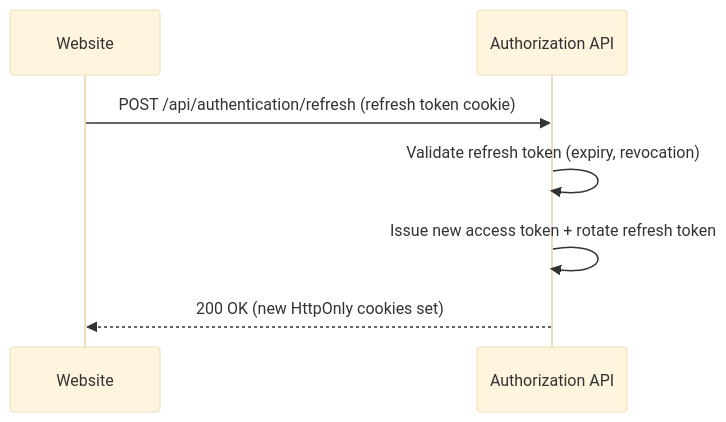
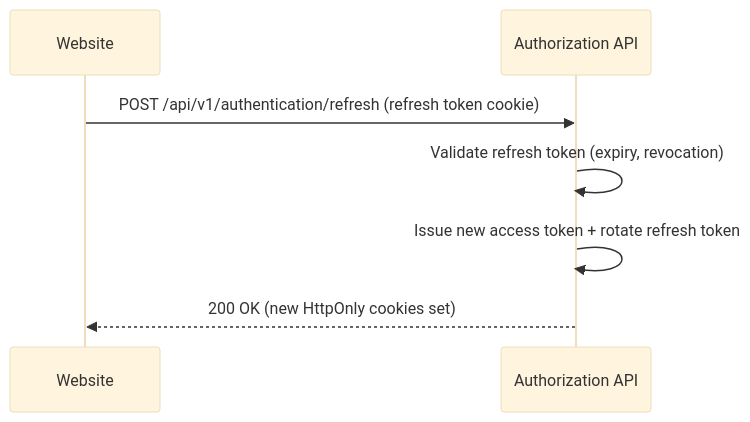
One commit to wouterfennis/TimeForCode changed the second of 4 diagrams in docs/architecture/arc42/06-runtime-view.md. Above: the diagram before and after it, drawn with Mermaid (base theme). The commit also changed other lines of this file and 45 other files, not shown here.

````diff
--- a/docs/architecture/arc42/06-runtime-view.md
+++ b/docs/architecture/arc42/06-runtime-view.md
@@ -45,10 +45,10 @@
 ```mermaid
 sequenceDiagram
     participant Website
     participant AuthAPI as Authorization API
 
-    Website->>AuthAPI: POST /api/authentication/refresh (refresh token cookie)
+    Website->>AuthAPI: POST /api/v1/authentication/refresh (refresh token cookie)
     AuthAPI->>AuthAPI: Validate refresh token (expiry, revocation)
     AuthAPI->>AuthAPI: Issue new access token + rotate refresh token
     AuthAPI-->>Website: 200 OK (new HttpOnly cookies set)
 ```
````
